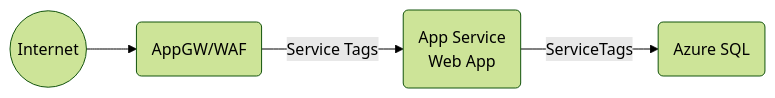
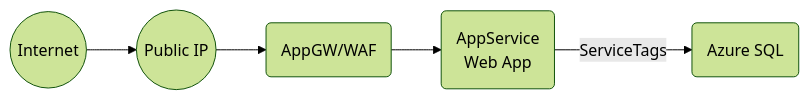
Before and after one commit to msalemor/app-services-networking: the third of 6 diagrams in README.md, drawn with Mermaid (forest theme). The commit also changed other lines of this file, not shown here.

````diff
--- a/README.md
+++ b/README.md
@@ -48,6 +48,7 @@
 ```mermaid
 graph LR;
-    Z((Internet))-->A;
-    A(AppGW/WAF)-- Service Tags-->B(App Service<br/>Web App);
-    B-- ServiceTags -->C(Azure SQL);
+    A((Internet))-->B((Public IP));
+    B-->C(AppGW/WAF);
+    C-->D(AppService<br/>Web App);
+    D-- ServiceTags -->E(Azure SQL);
 ```
````
